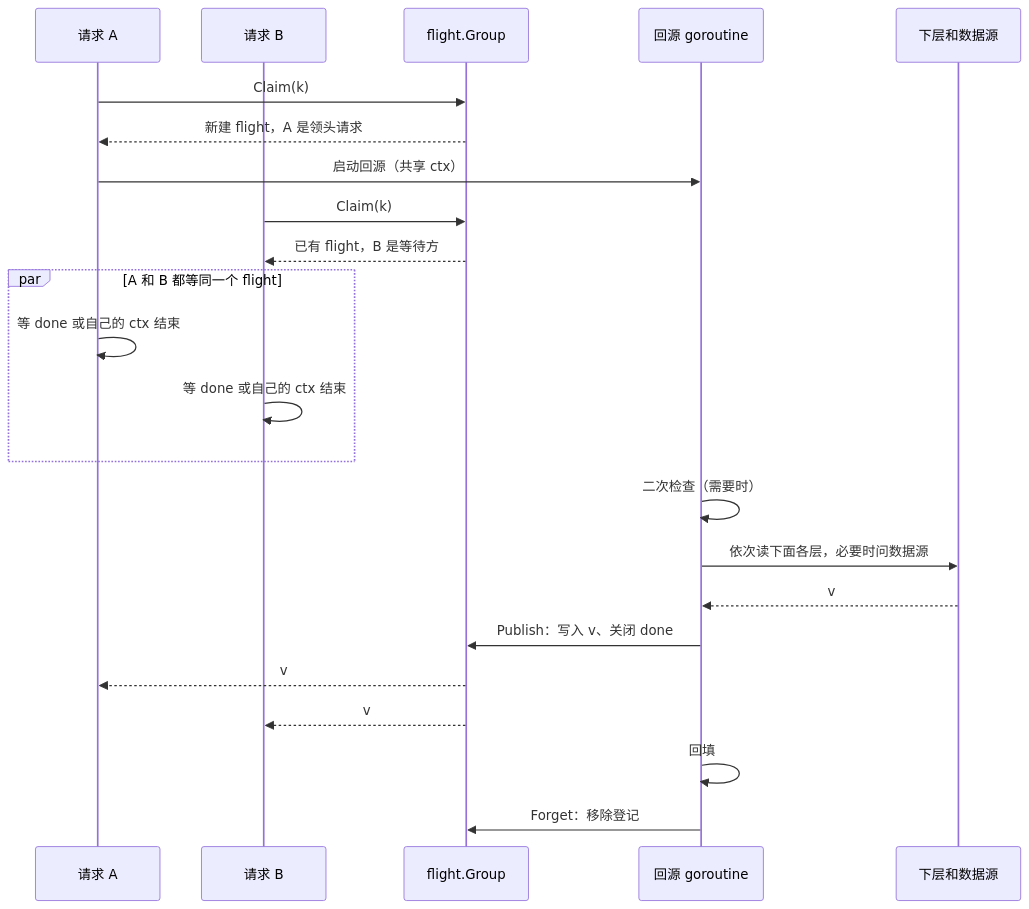
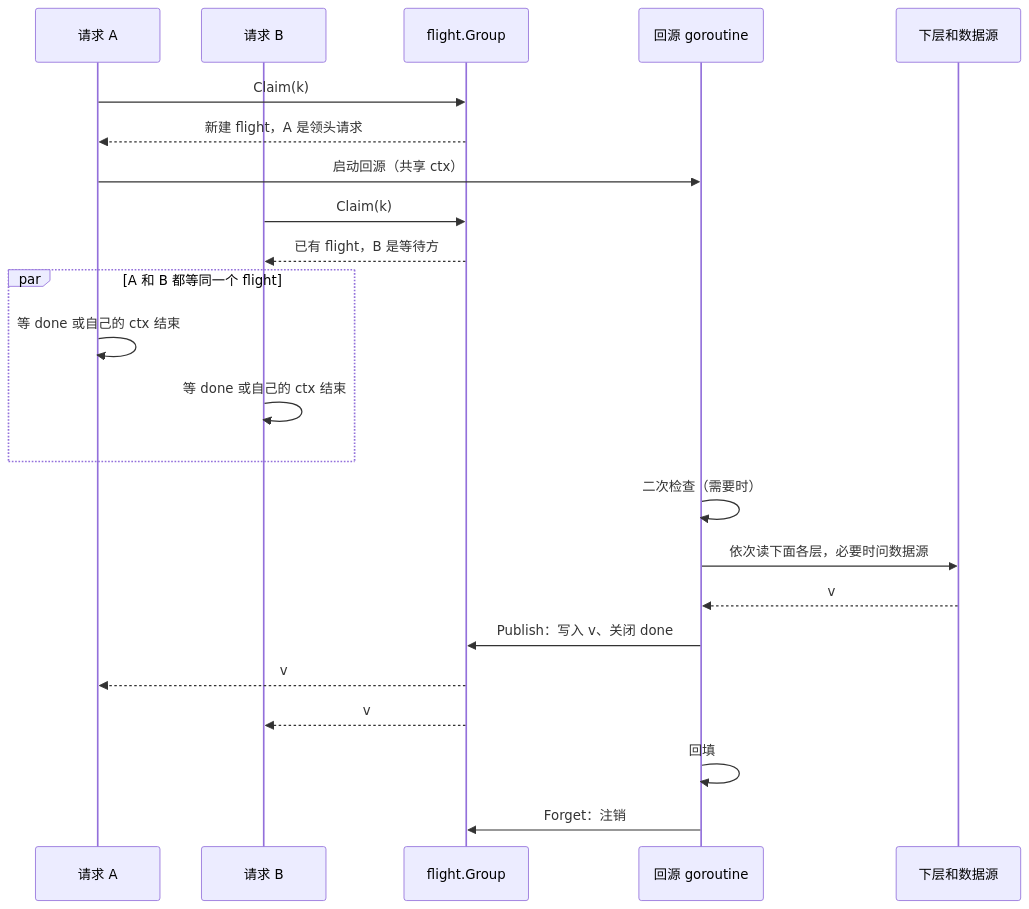
The first of 2 diagrams in docs/design/singleflight.md (theplant/cachex), drawn with Mermaid before and after one commit. The commit also changed other lines of this file and 7 other files, not shown here.

````diff
--- a/docs/design/singleflight.md
+++ b/docs/design/singleflight.md
@@ -62,25 +63,25 @@
 ```mermaid
 sequenceDiagram
     participant A as 请求 A
     participant B as 请求 B
     participant G as flight.Group
     participant F as 回源 goroutine
     participant S as 下层和数据源
     A->>G: Claim(k)
     G-->>A: 新建 flight，A 是领头请求
     A->>F: 启动回源（共享 ctx）
     B->>G: Claim(k)
     G-->>B: 已有 flight，B 是等待方
     par A 和 B 都等同一个 flight
         A->>A: 等 done 或自己的 ctx 结束
         B->>B: 等 done 或自己的 ctx 结束
     end
     F->>F: 二次检查（需要时）
     F->>S: 依次读下面各层，必要时问数据源
     S-->>F: v
     F->>G: Publish：写入 v、关闭 done
     G-->>A: v
     G-->>B: v
     F->>F: 回填
-    F->>G: Forget：移除登记
+    F->>G: Forget：注销
 ```
````
